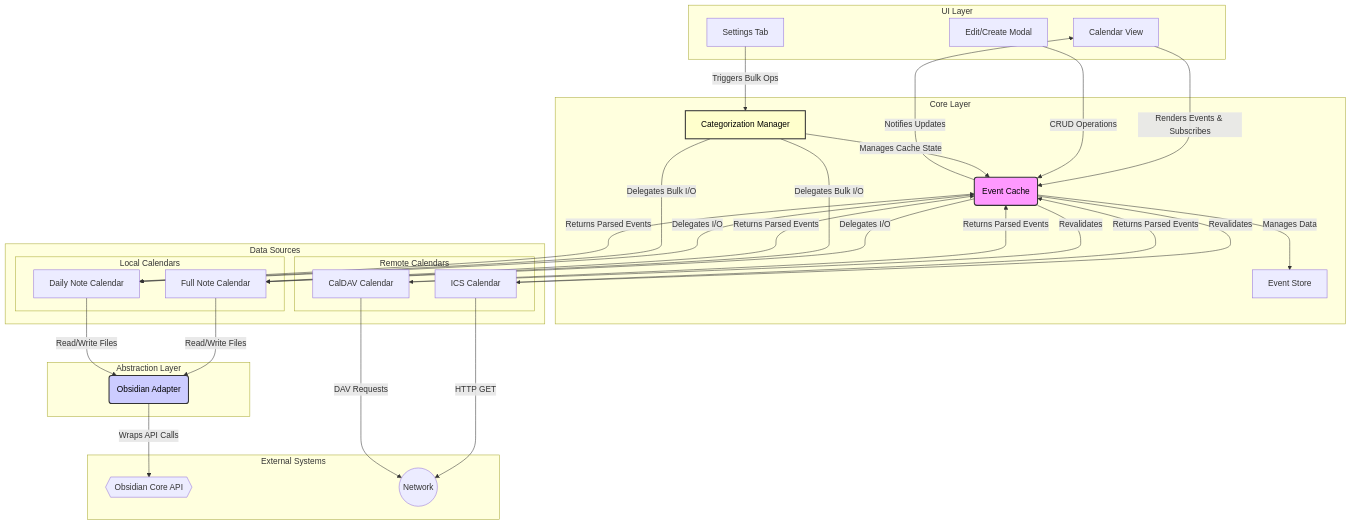
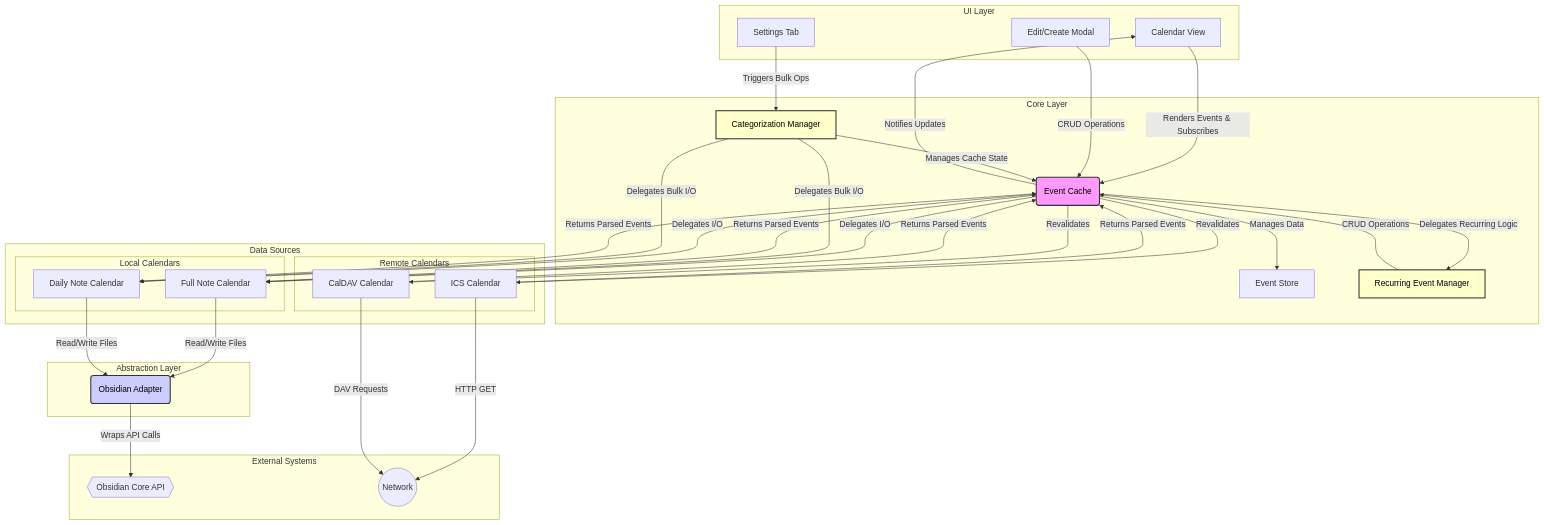
One commit to corgidevelopment/obsidian-full-calendar-ng changed the diagram in src/README.md. Above: the diagram before and after it, drawn with Mermaid. The commit also changed other lines of this file and 64 other files, not shown here.

````diff
--- a/src/README.md
+++ b/src/README.md
@@ -97,63 +107,68 @@
 ```mermaid
 graph TD
     %% Define Subgraphs for Clear Grouping
     subgraph UI Layer
         A[Calendar View]
         B[Edit/Create Modal]
         S[Settings Tab]
     end
 
     subgraph Core Layer
         C(Event Cache)
         D[Event Store]
+        REM[Recurring Event Manager]
         CM[Categorization Manager]
     end
 
     subgraph Data Sources
         subgraph Local Calendars
             E[Full Note Calendar]
             F[Daily Note Calendar]
         end
         subgraph Remote Calendars
             G[ICS Calendar]
             H[CalDAV Calendar]
         end
     end
 
     subgraph Abstraction Layer
         I(Obsidian Adapter)
     end
 
     subgraph External Systems
         J{{Obsidian Core API}}
         K((Network))
     end
 
     %% Connections
     A -- "Renders Events & Subscribes" --> C
     B -- "CRUD Operations" --> C
     S -- "Triggers Bulk Ops" --> CM
 
     C -- "Notifies Updates" --> A
     C -- "Manages Data" --> D
+    C -- "Delegates Recurring Logic" --> REM
 
     C -- "Delegates I/O" --> E & F
     C -- "Revalidates" --> G & H
     
+    REM -- "CRUD Operations" --> C
+
     CM -- "Delegates Bulk I/O" --> E & F
     CM -- "Manages Cache State" --> C
 
     E & F -- "Returns Parsed Events" --> C
     G & H -- "Returns Parsed Events" --> C
 
     E & F -- "Read/Write Files" --> I
     G -- "HTTP GET" --> K
     H -- "DAV Requests" --> K
 
     I -- "Wraps API Calls" --> J
 
     %% Styling
     style C fill:#f9f,stroke:#333,stroke-width:2px,color:#000
+    style REM fill:#ffc,stroke:#333,stroke-width:2px,color:#000
     style CM fill:#ffc,stroke:#333,stroke-width:2px,color:#000
     style I fill:#ccf,stroke:#333,stroke-width:2px,color:#000
 ```
````
